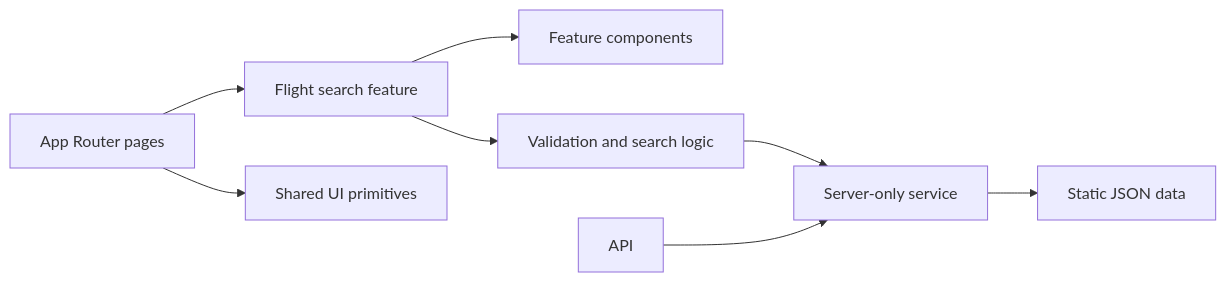
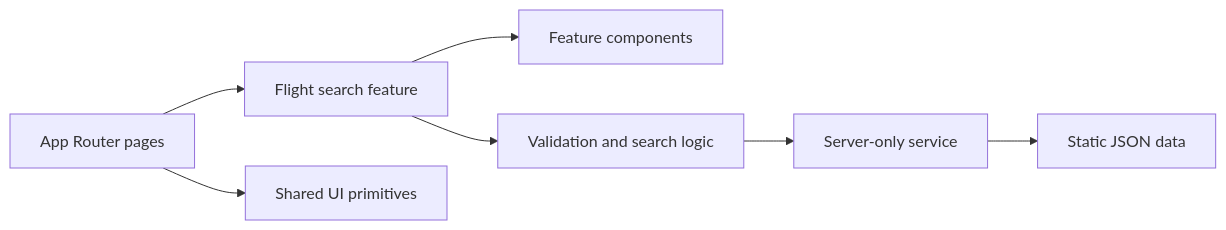
One commit to Nparooei/transavia-assignment-nextjs changed the diagram in README.md. Above: the diagram before and after it, drawn with Mermaid.

````diff
--- a/README.md
+++ b/README.md
@@ -27,10 +27,9 @@
 ```mermaid
 flowchart LR
     UI[App Router pages] --> Feature[Flight search feature]
     Feature --> Components[Feature components]
     Feature --> Domain[Validation and search logic]
     Domain --> Service[Server-only service]
     Service --> Data[Static JSON data]
     UI --> Primitives[Shared UI primitives]
-    API --> Service
 ```
````
